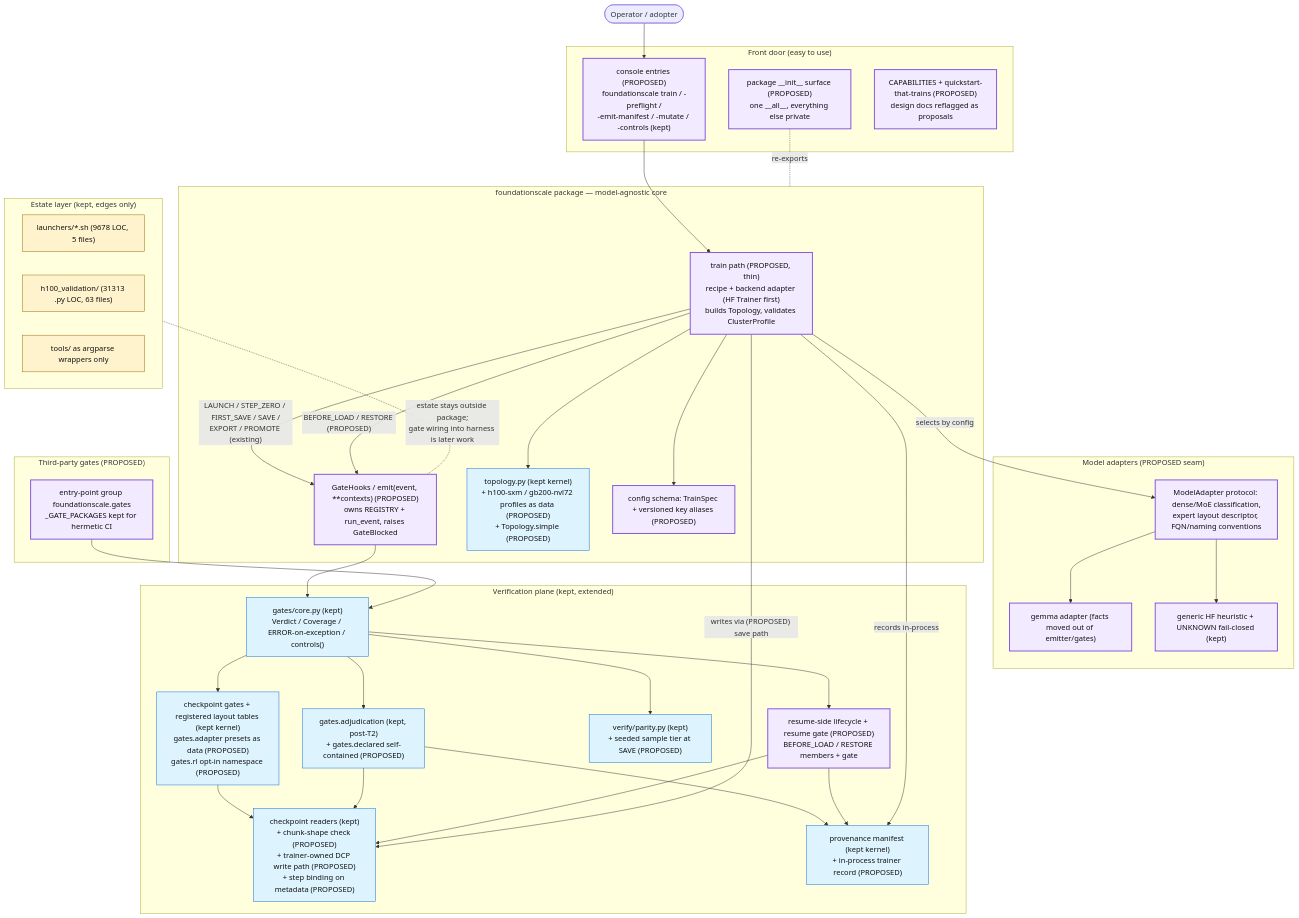
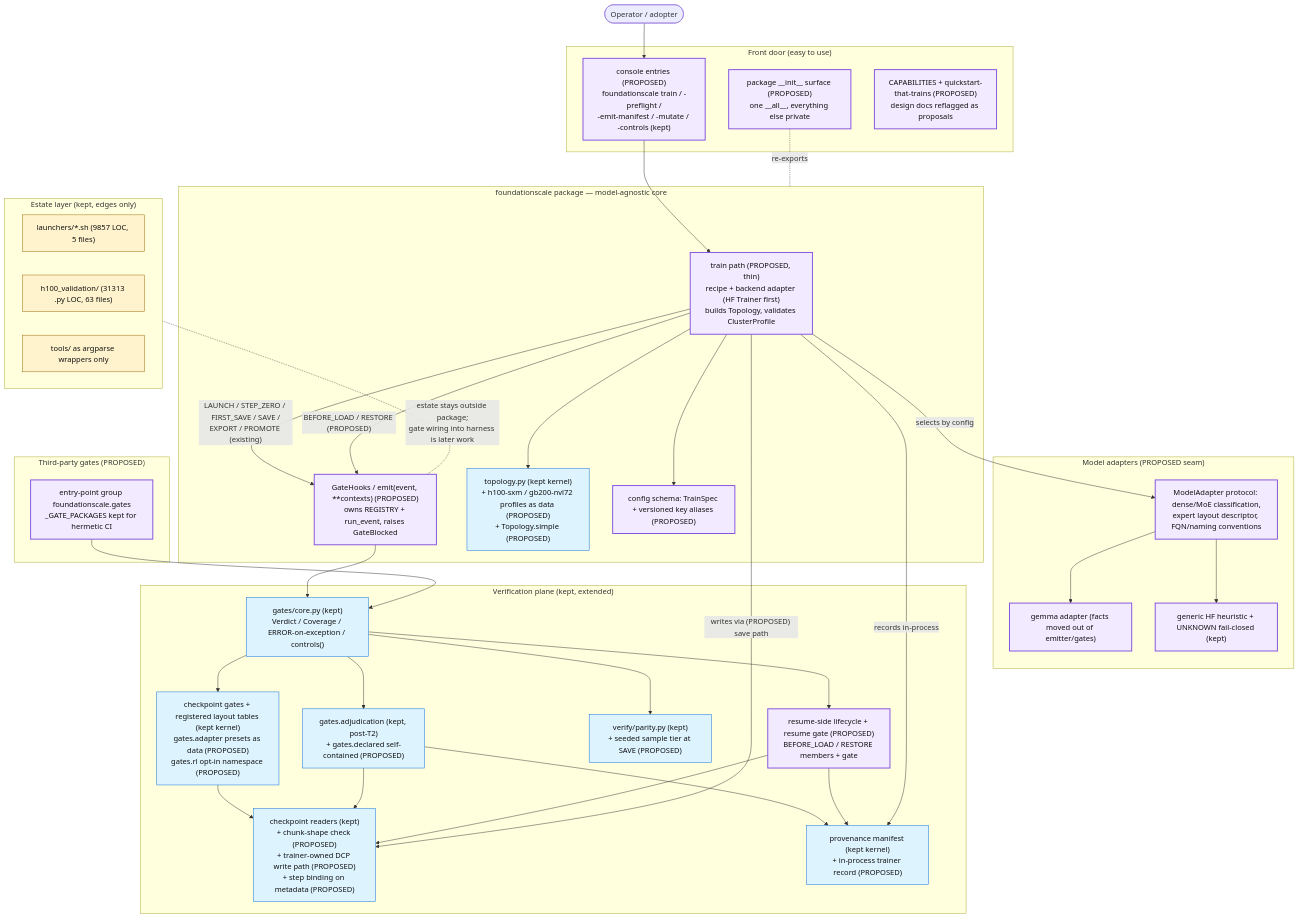
The diagram in docs/review/D5_proposed_architecture.md (TranNhiem/FoundationScale), drawn with Mermaid before and after one commit. The commit also changed other lines of this file and 11 other files, not shown here.

````diff
--- a/docs/review/D5_proposed_architecture.md
+++ b/docs/review/D5_proposed_architecture.md
@@ -13,74 +13,74 @@
 ```mermaid
 flowchart TB
   U(["Operator / adopter"])
 
   subgraph FRONT["Front door (easy to use)"]
     CLI["console entries (PROPOSED)<br/>foundationscale train / -preflight /<br/>-emit-manifest / -mutate / -controls (kept)"]
     SURF["package __init__ surface (PROPOSED)<br/>one __all__, everything else private"]
     DOCS["CAPABILITIES + quickstart-that-trains (PROPOSED)<br/>design docs reflagged as proposals"]
   end
 
   subgraph CORE["foundationscale package — model-agnostic core"]
     TRAIN["train path (PROPOSED, thin)<br/>recipe + backend adapter (HF Trainer first)<br/>builds Topology, validates ClusterProfile"]
     HOOKS["GateHooks / emit(event, **contexts) (PROPOSED)<br/>owns REGISTRY + run_event, raises GateBlocked"]
     TOPO["topology.py (kept kernel)<br/>+ h100-sxm / gb200-nvl72 profiles as data (PROPOSED)<br/>+ Topology.simple (PROPOSED)"]
     CONFIG["config schema: TrainSpec + versioned key aliases (PROPOSED)"]
   end
 
   subgraph ADAPT["Model adapters (PROPOSED seam)"]
     MA["ModelAdapter protocol: dense/MoE classification,<br/>expert layout descriptor, FQN/naming conventions"]
     GEM["gemma adapter (facts moved out of emitter/gates)"]
     HF["generic HF heuristic + UNKNOWN fail-closed (kept)"]
   end
 
   subgraph VERIFY["Verification plane (kept, extended)"]
     GCORE["gates/core.py (kept)<br/>Verdict / Coverage / ERROR-on-exception / controls()"]
     GCK["checkpoint gates + registered layout tables (kept kernel)<br/>gates.adapter presets as data (PROPOSED)<br/>gates.rl opt-in namespace (PROPOSED)"]
     ADJ["gates.adjudication (kept, post-T2)<br/>+ gates.declared self-contained (PROPOSED)"]
     PAR["verify/parity.py (kept)<br/>+ seeded sample tier at SAVE (PROPOSED)"]
     CKIO["checkpoint readers (kept)<br/>+ chunk-shape check (PROPOSED)<br/>+ trainer-owned DCP write path (PROPOSED)<br/>+ step binding on metadata (PROPOSED)"]
     PROV["provenance manifest (kept kernel)<br/>+ in-process trainer record (PROPOSED)"]
     RES["resume-side lifecycle + resume gate (PROPOSED)<br/>BEFORE_LOAD / RESTORE members + gate"]
   end
 
   subgraph PLUG["Third-party gates (PROPOSED)"]
     EP["entry-point group foundationscale.gates<br/>_GATE_PACKAGES kept for hermetic CI"]
   end
 
   subgraph ESTATE["Estate layer (kept, edges only)"]
-    LAU["launchers/*.sh (9678 LOC, 5 files)"]
+    LAU["launchers/*.sh (9857 LOC, 5 files)"]
     H100["h100_validation/ (31313 .py LOC, 63 files)"]
     WRAP["tools/ as argparse wrappers only"]
   end
 
   U --> CLI --> TRAIN
   SURF -. re-exports .- CORE
   TRAIN --> TOPO
   TRAIN --> CONFIG
   TRAIN -- "selects by config" --> MA
   MA --> GEM
   MA --> HF
   TRAIN -- "LAUNCH / STEP_ZERO / FIRST_SAVE / SAVE /<br/>EXPORT / PROMOTE (existing)" --> HOOKS
   TRAIN -- "BEFORE_LOAD / RESTORE (PROPOSED)" --> HOOKS
   HOOKS --> GCORE
   EP --> GCORE
   GCORE --> GCK
   GCORE --> ADJ
   GCORE --> PAR
   GCORE --> RES
   GCK --> CKIO
   ADJ --> CKIO
   ADJ --> PROV
   RES --> CKIO
   RES --> PROV
   TRAIN -- "writes via (PROPOSED) save path" --> CKIO
   TRAIN -- "records in-process" --> PROV
   ESTATE -. "estate stays outside package;<br/>gate wiring into harness is later work" .- HOOKS
 
   classDef new fill:#f2eaff,stroke:#8250df,stroke-width:2px,color:#111;
   classDef kept fill:#ddf4ff,stroke:#0969da,color:#111;
   classDef estate fill:#fff3cd,stroke:#9a6700,color:#111;
   class TRAIN,HOOKS,CLI,SURF,DOCS,MA,GEM,HF,RES,EP,CONFIG new;
   class GCORE,GCK,ADJ,PAR,CKIO,PROV,TOPO kept;
   class LAU,H100,WRAP estate;
 ```
````
